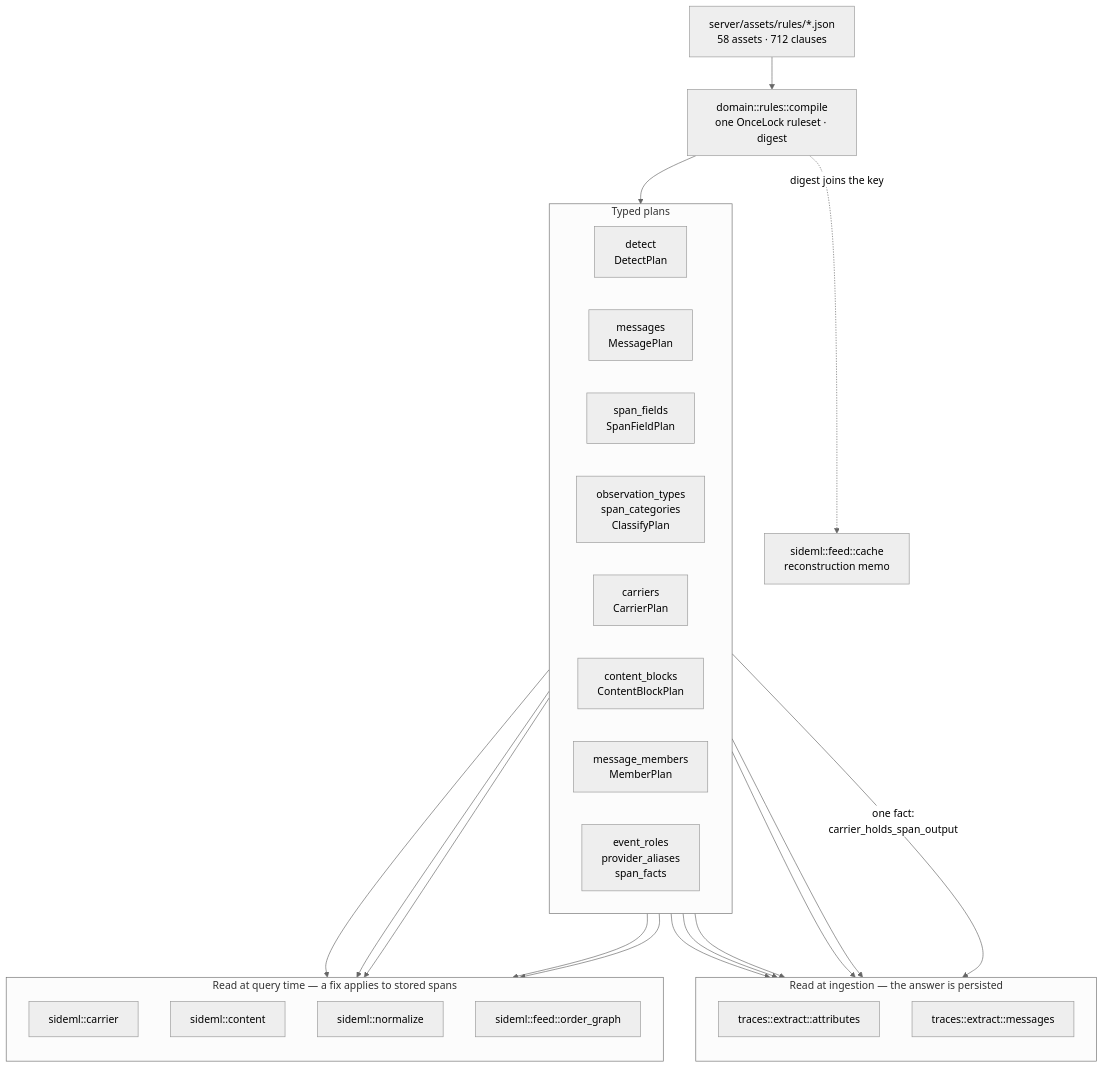
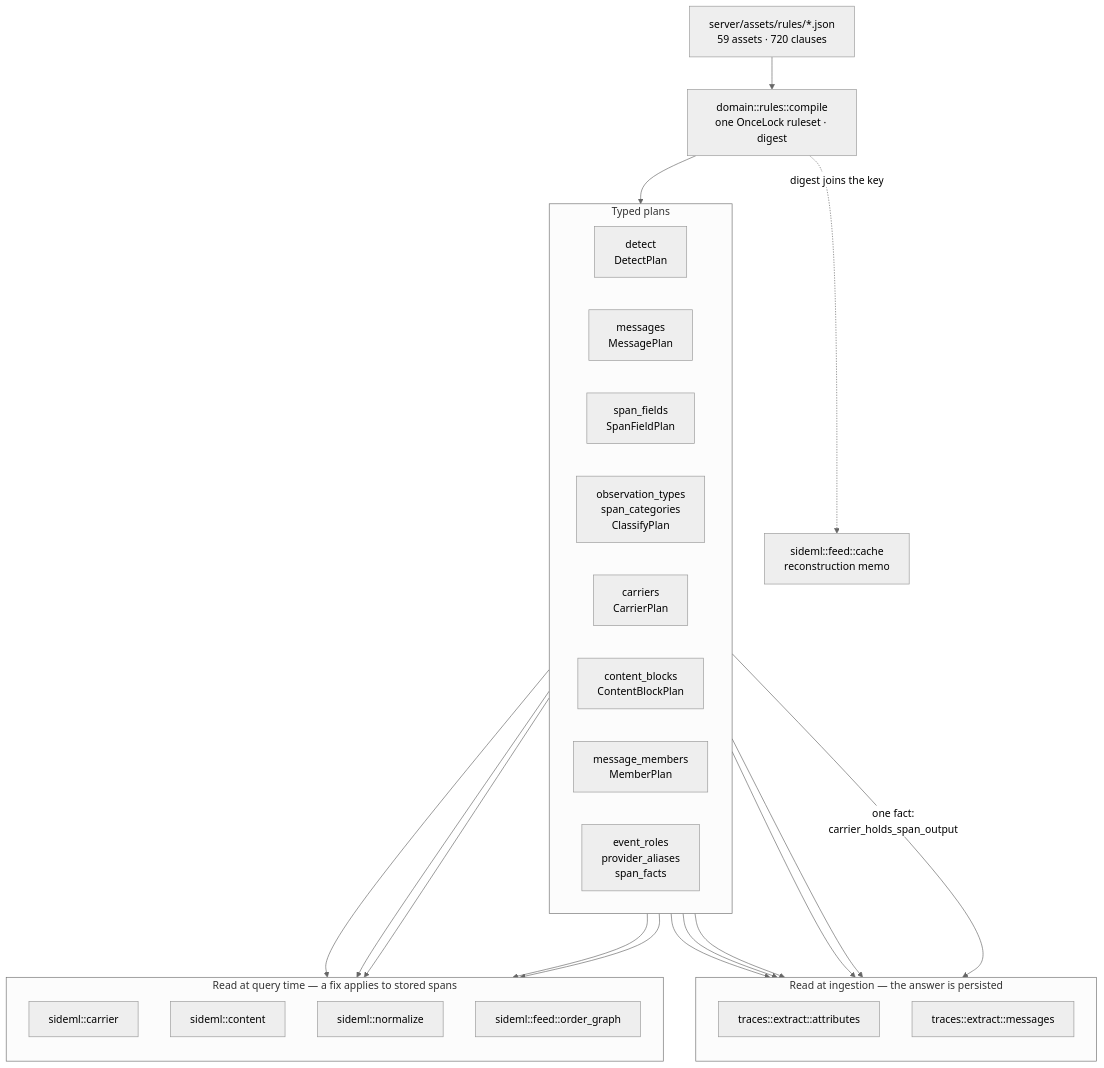
One commit to sideseat/sideseat changed the first of 7 diagrams in docs/engineering/architecture-diagrams.md. Above: the diagram before and after it, drawn with Mermaid (neutral theme). The commit also changed 45 other files, not shown here.

````diff
--- a/docs/engineering/architecture-diagrams.md
+++ b/docs/engineering/architecture-diagrams.md
@@ -18,47 +18,47 @@
 ```mermaid
 flowchart TB
-    assets["server/assets/rules/*.json<br/>58 assets · 712 clauses"]
+    assets["server/assets/rules/*.json<br/>59 assets · 720 clauses"]
     compile["domain::rules::compile<br/>one OnceLock ruleset · digest"]
     assets --> compile
 
     subgraph plans["Typed plans"]
         direction LR
         detect["detect<br/>DetectPlan"]
         messages["messages<br/>MessagePlan"]
         fields["span_fields<br/>SpanFieldPlan"]
         classify["observation_types<br/>span_categories<br/>ClassifyPlan"]
         carriers["carriers<br/>CarrierPlan"]
         blocks["content_blocks<br/>ContentBlockPlan"]
         members["message_members<br/>MemberPlan"]
         roles["event_roles<br/>provider_aliases<br/>span_facts"]
     end
     compile --> plans
 
     subgraph ingest["Read at ingestion — the answer is persisted"]
         direction TB
         attrs["traces::extract::attributes"]
         msgs["traces::extract::messages"]
     end
 
     subgraph query["Read at query time — a fix applies to stored spans"]
         direction TB
         carrier["sideml::carrier"]
         content["sideml::content"]
         normalize["sideml::normalize"]
         order["sideml::feed::order_graph"]
     end
 
     detect --> attrs
     fields --> attrs
     classify --> attrs
     roles --> attrs
     messages --> msgs
     carriers -->|"one fact:<br/>carrier_holds_span_output"| msgs
     carriers --> carrier
     carriers --> order
     blocks --> content
     members --> content
     roles --> normalize
 
     compile -. "digest joins the key" .-> cache["sideml::feed::cache<br/>reconstruction memo"]
 ```
````
